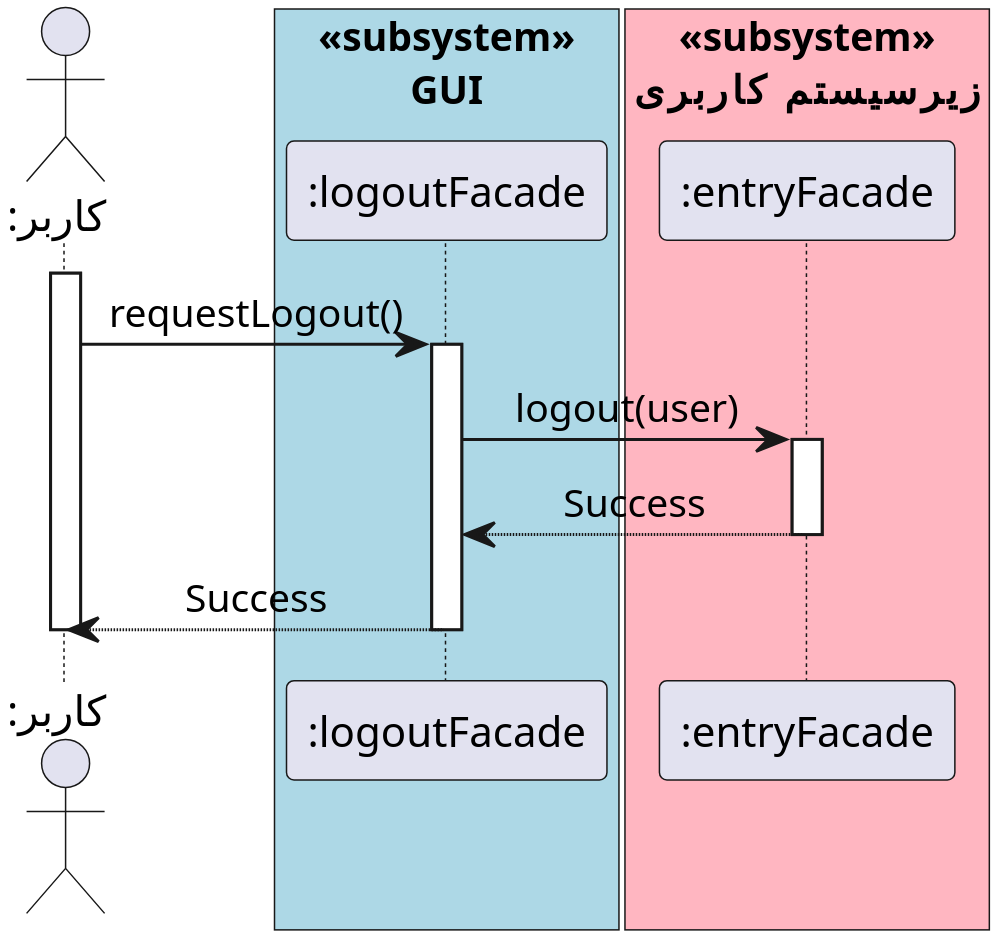
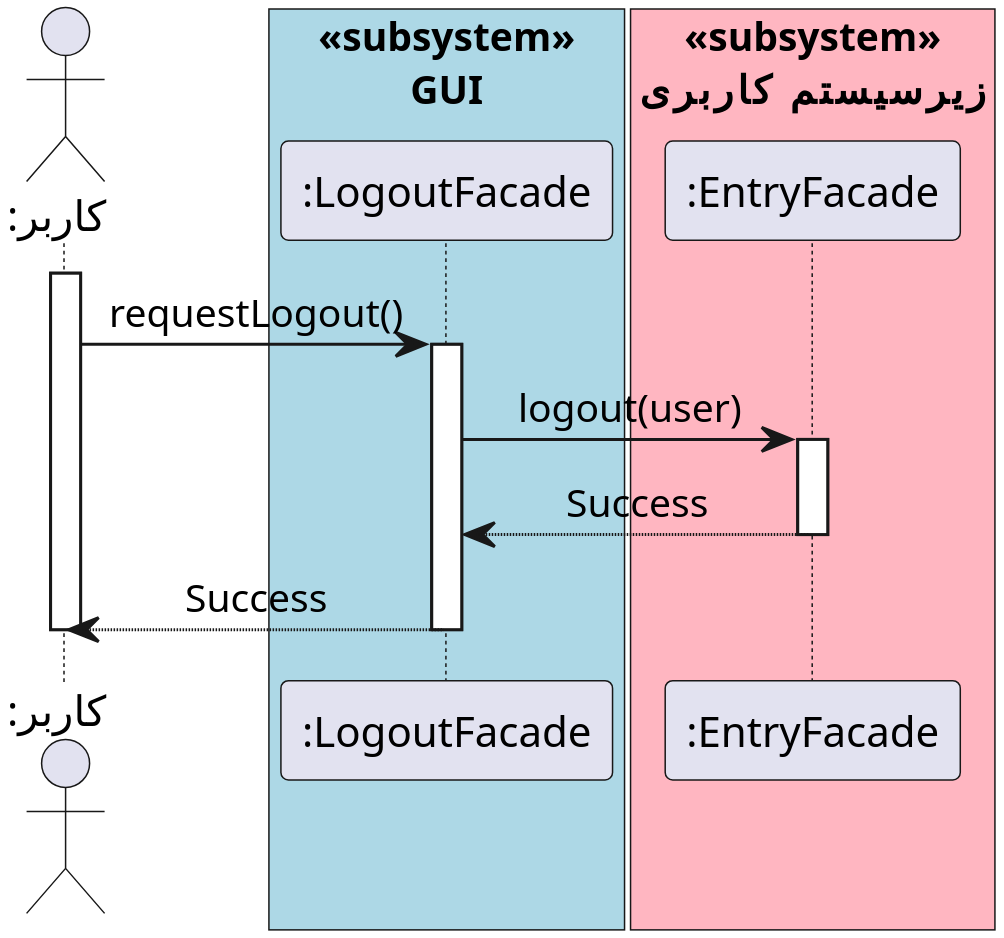
Before and after one commit to soleyman79/Qasedak: the diagram in Diagrams/Design Sequence/Logout.puml, drawn with PlantUML. The commit also changed 2 other files, not shown here.

```diff
--- a/Diagrams/Design Sequence/Logout.puml
+++ b/Diagrams/Design Sequence/Logout.puml
@@ -1,29 +1,29 @@
 @startuml logout
 
 
 scale 4
 skinparam DefaultFontName Vazir
 skinparam DefaultTextAlignment center
 
  
 actor ":کاربر" as user
 box "«subsystem»\nGUI" #LightBlue
-participant ":logoutFacade" as ui
+participant ":LogoutFacade" as ui
 end box
 box "«subsystem»\nزیرسیستم کاربری" #LightPink
-participant ":entryFacade" as entry_facade
+participant ":EntryFacade" as entryFacade
 end box
 
 activate user
 user -> ui: requestLogout()
 activate ui
-ui -> entry_facade: logout(user)
-activate entry_facade
-entry_facade --> ui: Success
-deactivate entry_facade
+ui -> entryFacade: logout(user)
+activate entryFacade
+entryFacade --> ui: Success
+deactivate entryFacade
 ui --> user: Success
 deactivate ui
 deactivate user
 
 
 @enduml
```
